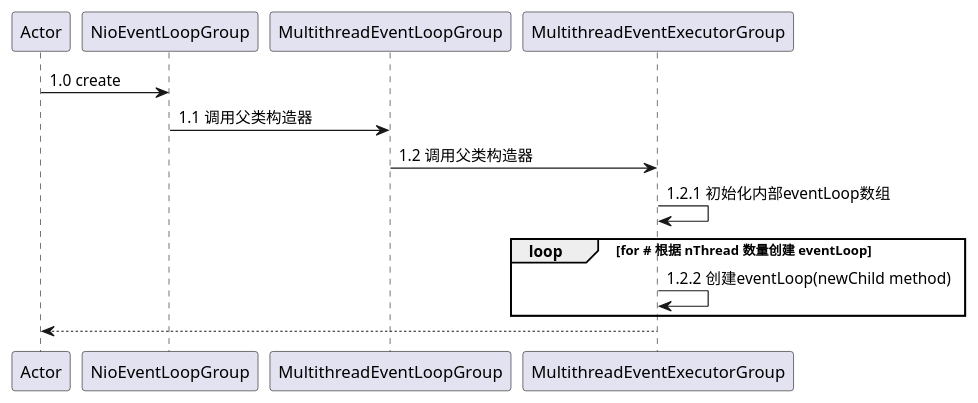
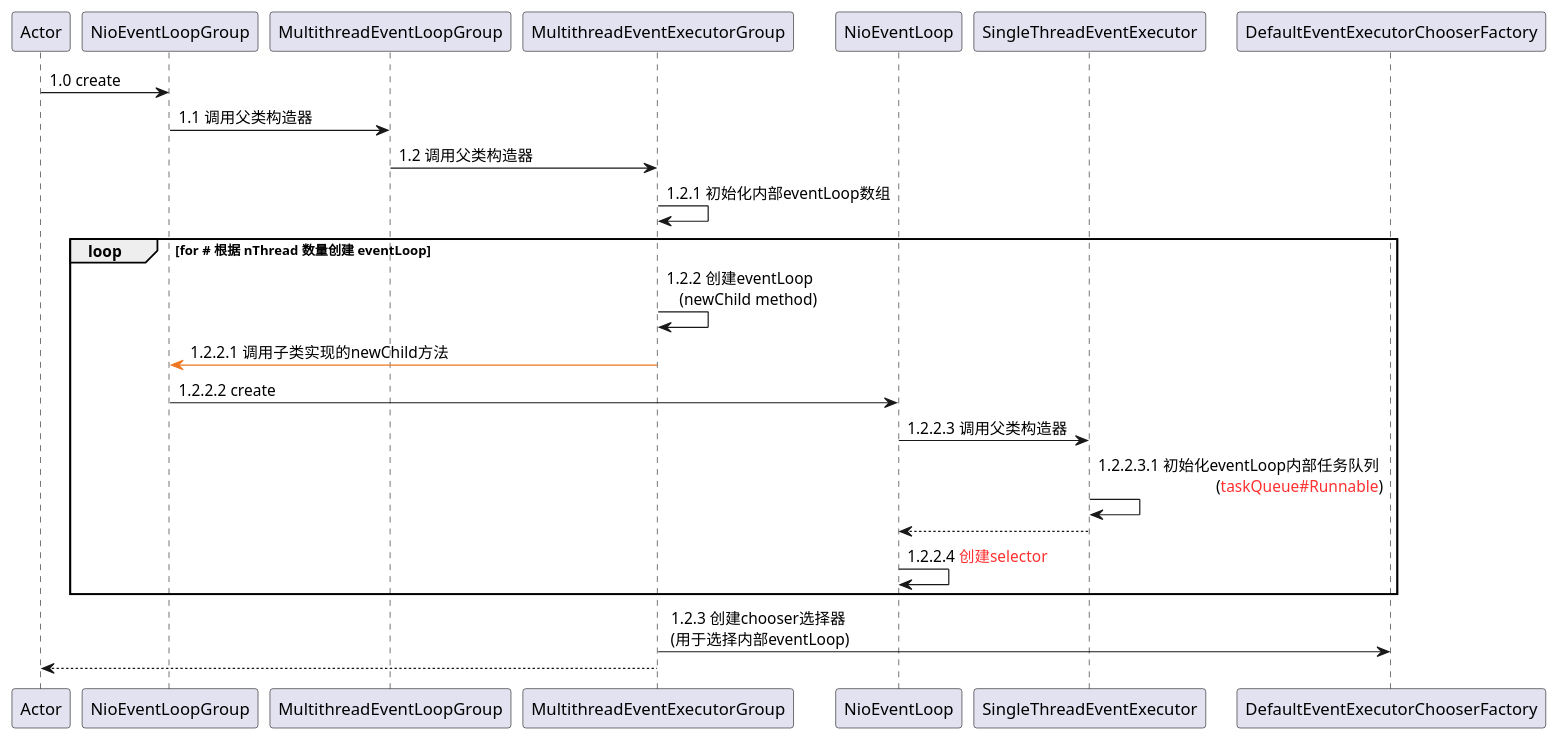
Before and after one commit to Simba-cheng/netty: the diagram in puml/NioEventLoopGroup.puml, drawn with PlantUML.

Commit message:
refactor(code): 源码添加注释

```diff
--- a/puml/NioEventLoopGroup.puml
+++ b/puml/NioEventLoopGroup.puml
@@ -1,12 +1,19 @@
 @startuml participant
 
 Actor -> NioEventLoopGroup: 1.0 create
 NioEventLoopGroup -> MultithreadEventLoopGroup: 1.1 调用父类构造器
 MultithreadEventLoopGroup -> MultithreadEventExecutorGroup: 1.2 调用父类构造器
 MultithreadEventExecutorGroup -> MultithreadEventExecutorGroup: 1.2.1 初始化内部eventLoop数组
 loop for # 根据 nThread 数量创建 eventLoop
-MultithreadEventExecutorGroup -> MultithreadEventExecutorGroup: 1.2.2 创建eventLoop(newChild method)
+MultithreadEventExecutorGroup -> MultithreadEventExecutorGroup: 1.2.2 创建eventLoop \r (newChild method)
+NioEventLoopGroup <-[#EE7621] MultithreadEventExecutorGroup: 1.2.2.1 调用子类实现的newChild方法
+NioEventLoopGroup -> NioEventLoop: 1.2.2.2 create
+NioEventLoop -> SingleThreadEventExecutor: 1.2.2.3 调用父类构造器
+SingleThreadEventExecutor -> SingleThreadEventExecutor: 1.2.2.3.1 初始化eventLoop内部任务队列 \r (<color:#FF3030>taskQueue#Runnable</color>)
+NioEventLoop <-- SingleThreadEventExecutor
+NioEventLoop -> NioEventLoop: 1.2.2.4 <color:#FF3030>创建selector</color>
 end
+MultithreadEventExecutorGroup -> DefaultEventExecutorChooserFactory: 1.2.3 创建chooser选择器 \r (用于选择内部eventLoop)
 
 Actor <-- MultithreadEventExecutorGroup
 @enduml
```
